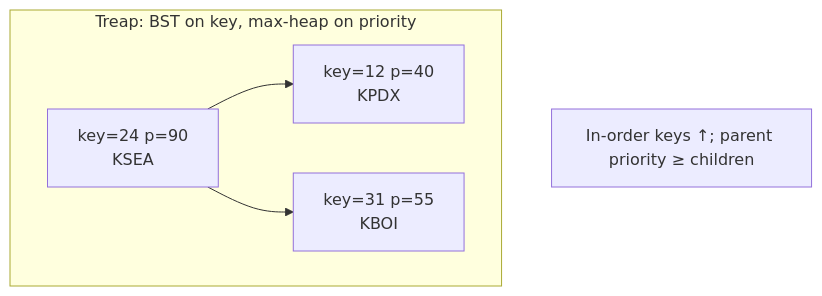
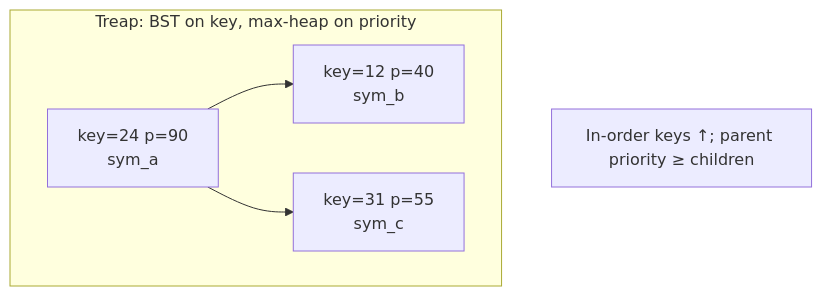
The first of 6 diagrams in docs/dsa/data-structures/treaps/index.md (qgjones9/python-programming-guide), drawn with Mermaid before and after one commit. The commit also changed other lines of this file and 31 other files, not shown here.

````diff
--- a/docs/dsa/data-structures/treaps/index.md
+++ b/docs/dsa/data-structures/treaps/index.md
@@ -32,11 +32,11 @@
 ```mermaid
 flowchart TB
   subgraph treap["Treap: BST on key, max-heap on priority"]
-    R["key=24 p=90<br/>KSEA"]
-    L["key=12 p=40<br/>KPDX"]
-    RR["key=31 p=55<br/>KBOI"]
+    R["key=24 p=90<br/>sym_a"]
+    L["key=12 p=40<br/>sym_b"]
+    RR["key=31 p=55<br/>sym_c"]
     R --> L
     R --> RR
   end
   note["In-order keys ↑; parent priority ≥ children"]
 ```
````
